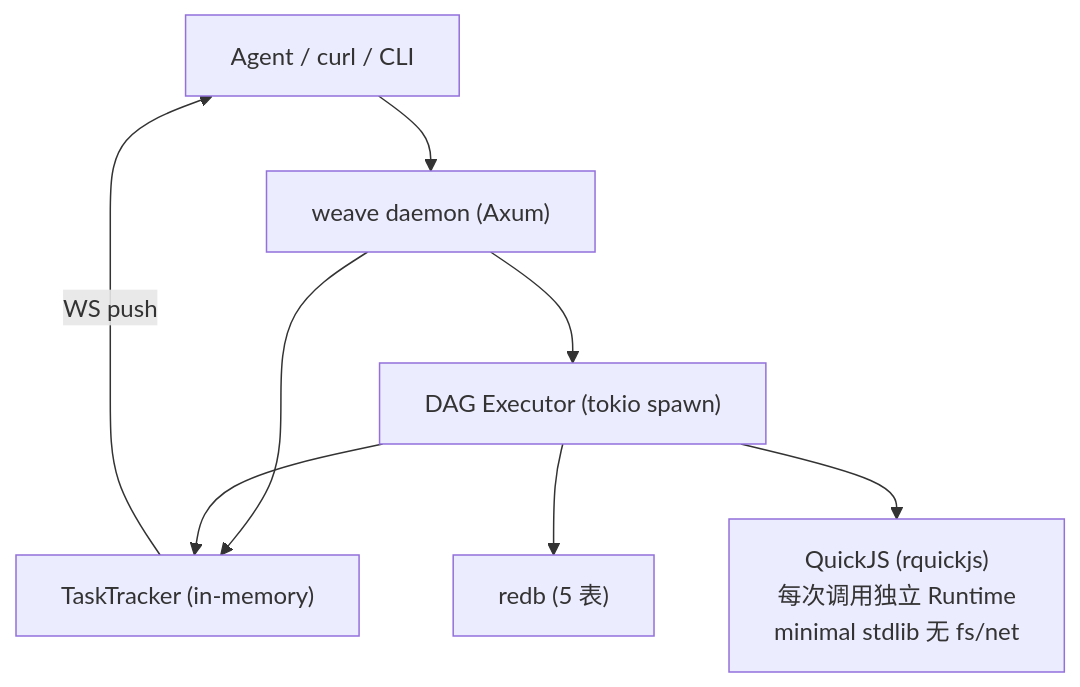
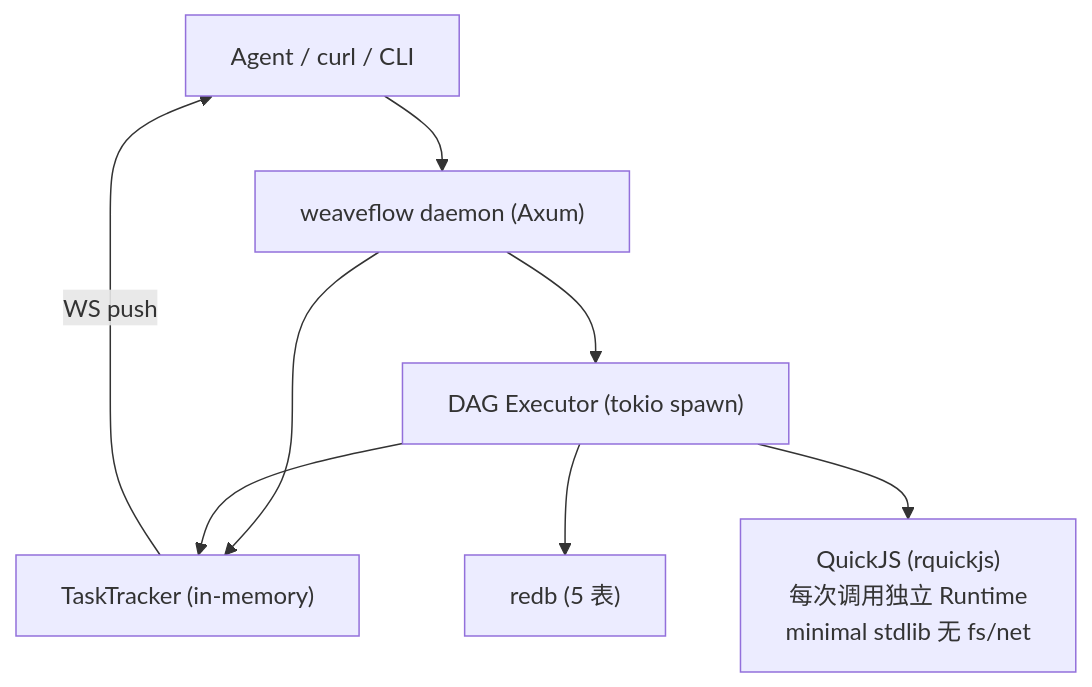
Before and after one commit to RuofengX/weaveflow: the diagram in docs/design.md, drawn with Mermaid. The commit also changed other lines of this file and 44 other files, not shown here.

First line of the commit message:
refactor: crate 更名 weave → weaveflow(用户发起,全仓机械替换)

````diff
--- a/docs/design.md
+++ b/docs/design.md
@@ -25,10 +25,10 @@
 ```mermaid
 graph TB
-    Client["Agent / curl / CLI"] --> Server["weave daemon (Axum)"]
+    Client["Agent / curl / CLI"] --> Server["weaveflow daemon (Axum)"]
     Server --> Tracker["TaskTracker (in-memory)"]
     Server --> Executor["DAG Executor (tokio spawn)"]
     Executor --> Tracker
     Executor --> redb["redb (5 表)"]
     Executor --> QuickJS["QuickJS (rquickjs)<br/>每次调用独立 Runtime<br/>minimal stdlib 无 fs/net"]
     Tracker -->|"WS push"| Client
 ```
````
